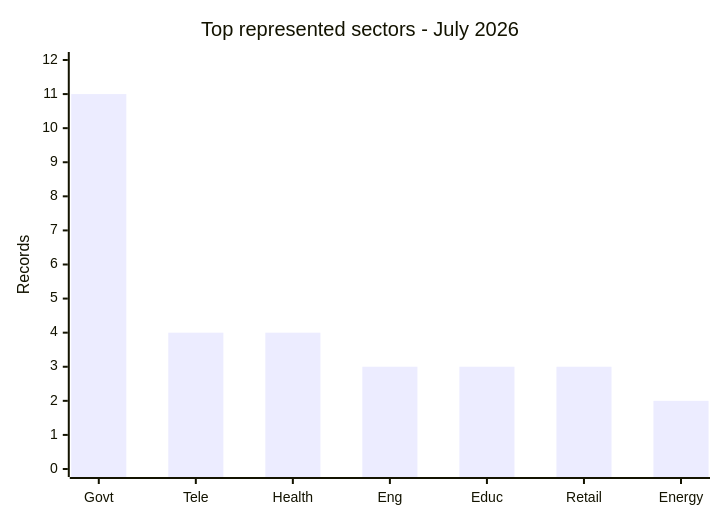
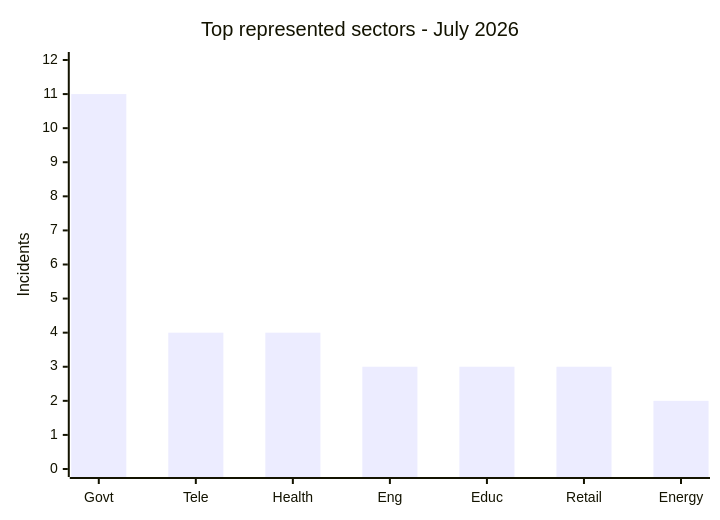
Before and after one commit to Hatchepsoute/AFRINTEL: the seventh of 8 diagrams in CyberAttackAfrica/2026/07-july/README.md, drawn with Mermaid. The commit also changed other lines of this file and 5 other files, not shown here.

````diff
--- a/CyberAttackAfrica/2026/07-july/README.md
+++ b/CyberAttackAfrica/2026/07-july/README.md
@@ -245,7 +245,7 @@
 ```mermaid
-xychart-beta
+xychart
     title "Top represented sectors - July 2026"
     x-axis ["Govt","Tele","Health","Eng","Educ","Retail","Energy"]
-    y-axis "Records" 0 --> 12
+    y-axis "Incidents" 0 --> 12
     bar [11,4,4,3,3,3,2]
 ```
````
